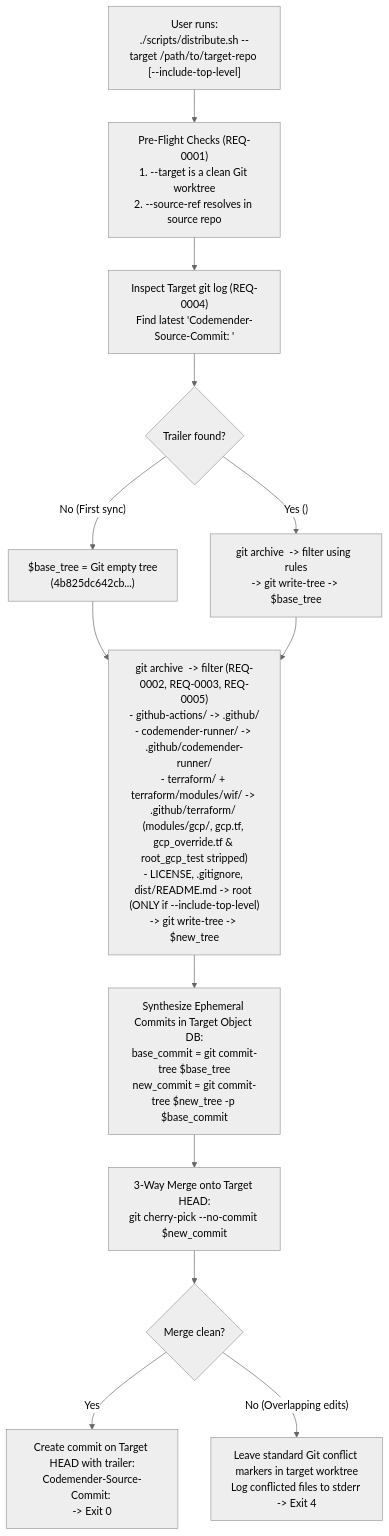
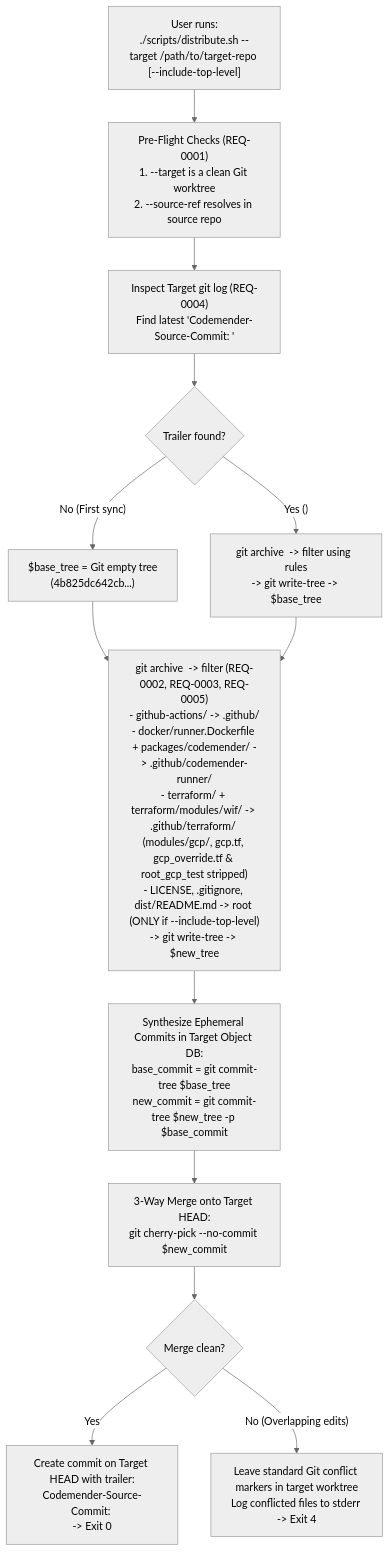
Before and after one commit to avnit/codemender-runner-mcp: the first of 2 diagrams in docs/openspec/specs/distribute/design.md, drawn with Mermaid (neutral theme). The commit also changed other lines of this file and 59 other files, not shown here.

First line of the commit message:
refactor(codemender): migrate generic runner to extensible packages/codemender architecture (#60)

````diff
--- a/docs/openspec/specs/distribute/design.md
+++ b/docs/openspec/specs/distribute/design.md
@@ -243,39 +243,39 @@
 ```mermaid
 flowchart TD
     start["User runs:
 ./scripts/distribute.sh --target /path/to/target-repo [--include-top-level]"]
     preflight["Pre-Flight Checks (REQ-0001)
 1. --target is a clean Git worktree
 2. --source-ref resolves in source repo"]
     trailer["Inspect Target git log (REQ-0004)
 Find latest 'Codemender-Source-Commit: <prev_sha>'"]
     hasTrailer{"Trailer found?"}
     emptyBase["$base_tree = Git empty tree
 (4b825dc642cb...)"]
     stageBase["git archive <prev_sha> -> filter using <prev_sha> rules
 -> git write-tree -> $base_tree"]
     stageNew["git archive <source_ref> -> filter (REQ-0002, REQ-0003, REQ-0005)
 - github-actions/ -> .github/
-- codemender-runner/ -> .github/codemender-runner/
+- docker/runner.Dockerfile + packages/codemender/ -> .github/codemender-runner/
 - terraform/ + terraform/modules/wif/ -> .github/terraform/ (modules/gcp/, gcp.tf, gcp_override.tf & root_gcp_test stripped)
 - LICENSE, .gitignore, dist/README.md -> root (ONLY if --include-top-level)
 -> git write-tree -> $new_tree"]
     synth["Synthesize Ephemeral Commits in Target Object DB:
 base_commit = git commit-tree $base_tree
 new_commit = git commit-tree $new_tree -p $base_commit"]
     merge["3-Way Merge onto Target HEAD:
 git cherry-pick --no-commit $new_commit"]
     conflict{"Merge clean?"}
     done["Create commit on Target HEAD with trailer:
 Codemender-Source-Commit: <source_sha>
 -> Exit 0"]
     exit4["Leave standard Git conflict markers in target worktree
 Log conflicted files to stderr -> Exit 4"]
 
     start --> preflight --> trailer --> hasTrailer
     hasTrailer -->|"No (First sync)"| emptyBase --> stageNew
     hasTrailer -->|"Yes (<prev_sha>)"| stageBase --> stageNew
     stageNew --> synth --> merge --> conflict
     conflict -->|"Yes"| done
     conflict -->|"No (Overlapping edits)"| exit4
 ```
````
